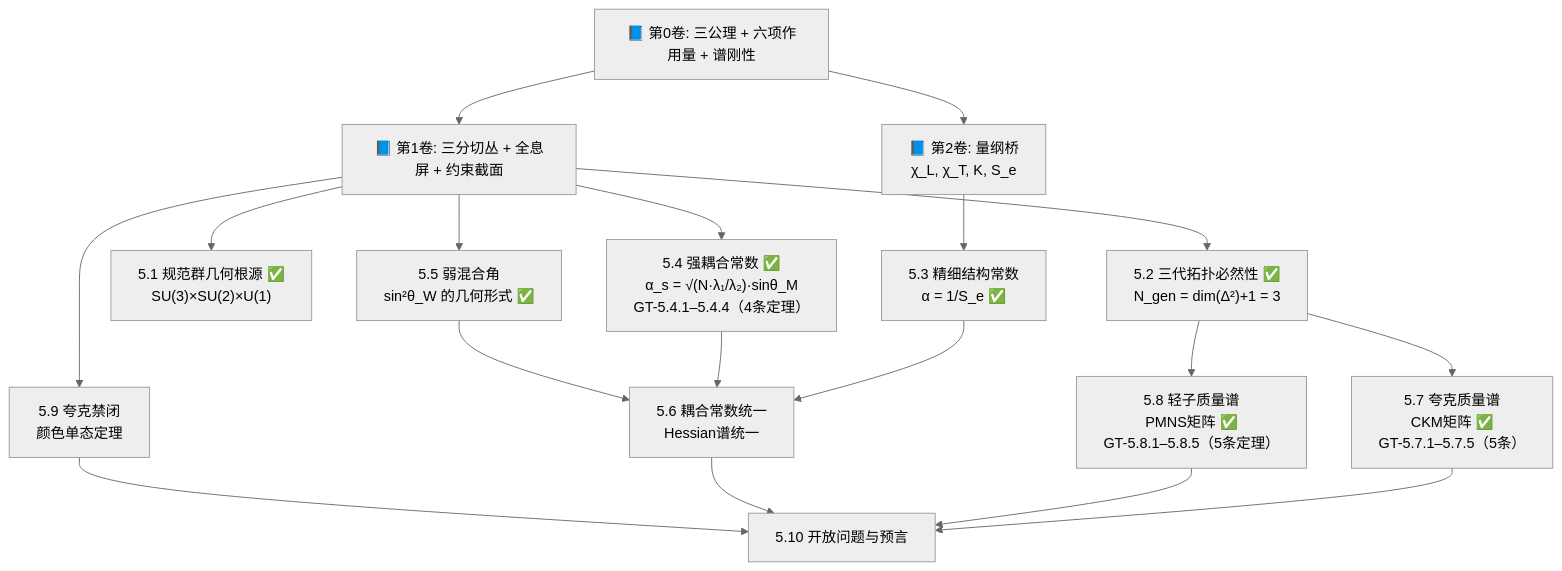
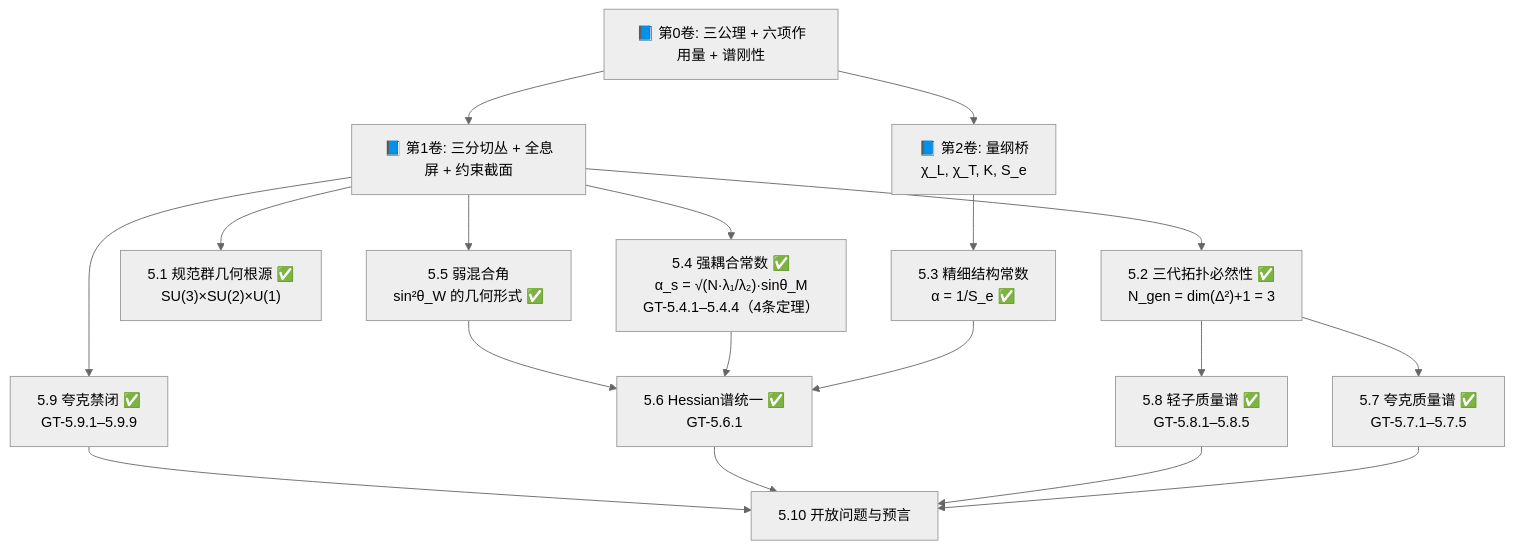
The diagram in app/articles/GT-Vault/Vol-5_标准模型重建/MOC.md (sdoygb/geometry-ai-server), drawn with Mermaid (neutral theme) before and after one commit. The commit also changed other lines of this file, not shown here.

Commit message:
AI修改: GT-Vault/Vol-5_标准模型重建/MOC.md (84行)

````diff
--- a/app/articles/GT-Vault/Vol-5_标准模型重建/MOC.md
+++ b/app/articles/GT-Vault/Vol-5_标准模型重建/MOC.md
@@ -34,15 +34,23 @@
 ```mermaid
 flowchart TD
     V0["📘 第0卷: 三公理 + 六项作用量 + 谱刚性"] --> V2["📘 第2卷: 量纲桥\nχ_L, χ_T, K, S_e"]
     V0 --> V1["📘 第1卷: 三分切丛 + 全息屏 + 约束截面"]
     V2 --> V5_3["5.3 精细结构常数\nα = 1/S_e ✅"]
     V1 --> V5_1["5.1 规范群几何根源 ✅\nSU(3)×SU(2)×U(1)"]
     V1 --> V5_2["5.2 三代拓扑必然性 ✅\nN_gen = dim(Δ²)+1 = 3"]
     V5_2 --> V5_7["5.7 夸克质量谱\nCKM矩阵 ✅\nGT-5.7.1–5.7.5（5条）"]
     V5_2 --> V5_8["5.8 轻子质量谱\nPMNS矩阵 ✅\nGT-5.8.1–5.8.5（5条定理）"]
     V1 --> V5_4["5.4 强耦合常数 ✅\nα_s = √(N·λ₁/λ₂)·sinθ_M\nGT-5.4.1–5.4.4（4条定理）"]
     V1 --> V5_5["5.5 弱混合角\nsin²θ_W 的几何形式 ✅"]
     V5_3 & V5_4 & V5_5 --> V5_6["5.6 耦合常数统一\nHessian谱统一"]
     V1 --> V5_9["5.9 夸克禁闭\n颜色单态定理"]
+    V5_7["5.7 夸克质量谱 ✅
+GT-5.7.1–5.7.5"]
+    V5_8["5.8 轻子质量谱 ✅
+GT-5.8.1–5.8.5"]
+    V5_6["5.6 Hessian谱统一 ✅
+GT-5.6.1"]
+    V5_9["5.9 夸克禁闭 ✅
+GT-5.9.1–5.9.9"]
     V5_7 & V5_8 & V5_6 & V5_9 --> V5_10["5.10 开放问题与预言"]
 ```
````
